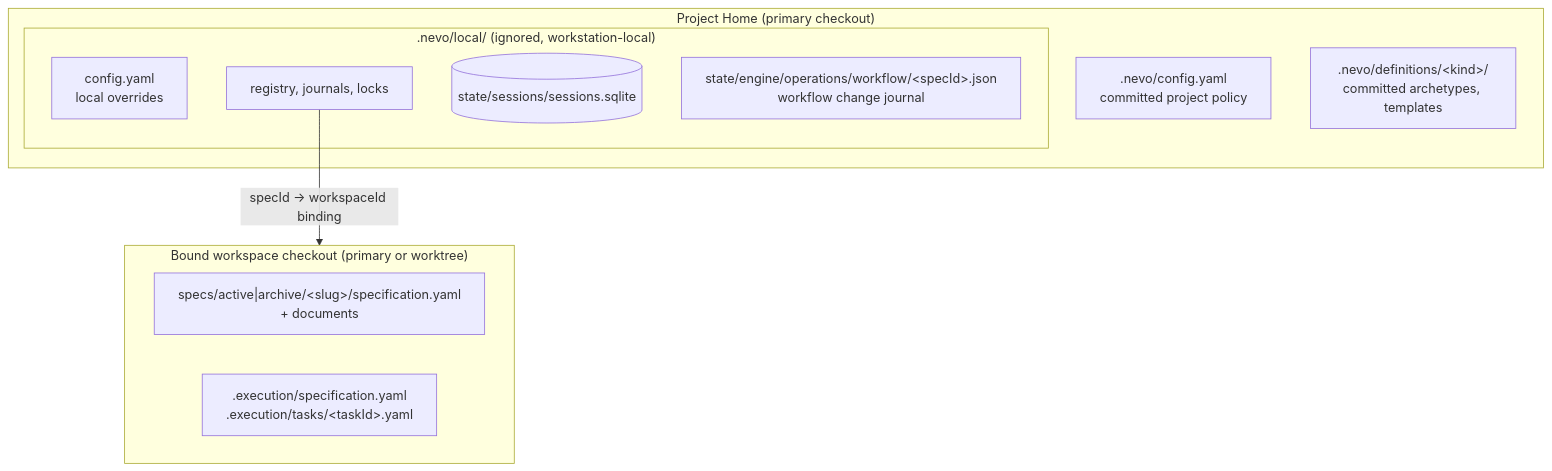
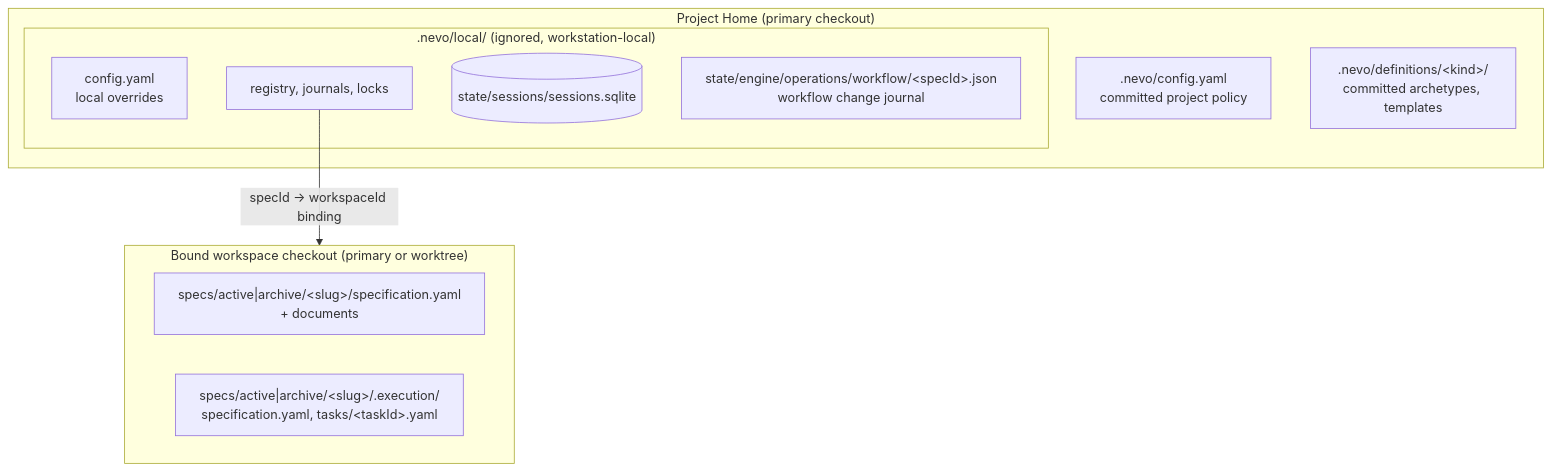
Before and after one commit to dczerwinskipl/nevo-specflow: the fourth of 5 diagrams in docs/architecture/overview.md, drawn with Mermaid. The commit also changed 2 other files, not shown here.

Commit message:
docs: fix Turn settle order and .execution path in the overview, keep conflict resolution as an open idea

````diff
--- a/docs/architecture/overview.md
+++ b/docs/architecture/overview.md
@@ -169,20 +169,20 @@
 ```mermaid
 flowchart TD
   subgraph home["Project Home (primary checkout)"]
     config[".nevo/config.yaml<br/>committed project policy"]
     defs[".nevo/definitions/&lt;kind&gt;/<br/>committed archetypes, templates"]
     subgraph local[".nevo/local/ (ignored, workstation-local)"]
       localcfg["config.yaml<br/>local overrides"]
       registry["registry, journals, locks"]
       sqlite[("state/sessions/sessions.sqlite")]
       wfjournal["state/engine/operations/workflow/&lt;specId&gt;.json<br/>workflow change journal"]
     end
   end
 
   subgraph ws["Bound workspace checkout (primary or worktree)"]
     spec["specs/active|archive/&lt;slug&gt;/specification.yaml<br/>+ documents"]
-    exec[".execution/specification.yaml<br/>.execution/tasks/&lt;taskId&gt;.yaml"]
+    exec["specs/active|archive/&lt;slug&gt;/.execution/<br/>specification.yaml, tasks/&lt;taskId&gt;.yaml"]
   end
 
   registry -- "specId → workspaceId binding" --> ws
 ```
````
